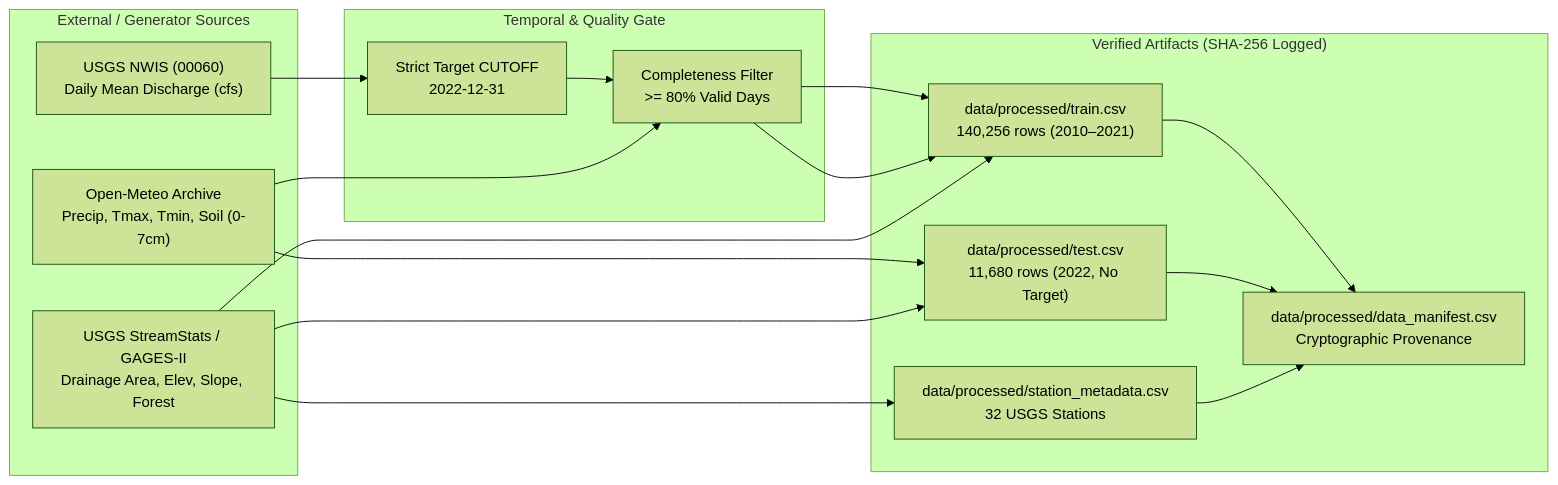
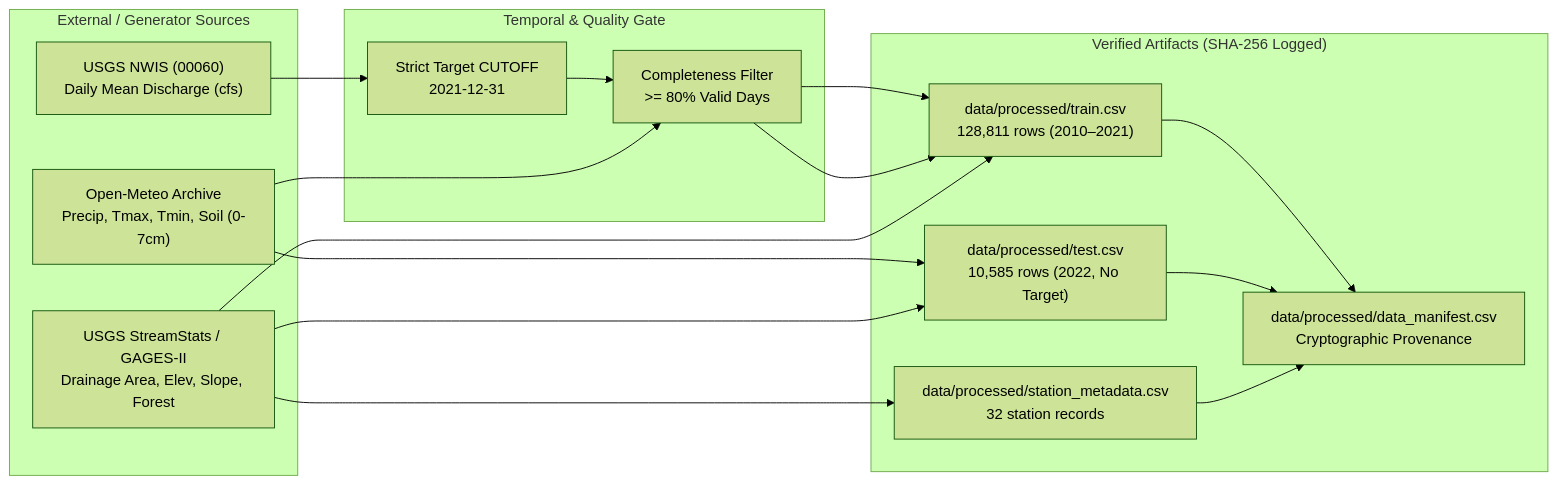
The diagram in docs/DATA_EXTRACTION.md (mohammedzai678-rgb/hackoween), drawn with Mermaid (forest theme) before and after one commit. The commit also changed other lines of this file and 11 other files, not shown here.

````diff
--- a/docs/DATA_EXTRACTION.md
+++ b/docs/DATA_EXTRACTION.md
@@ -9,28 +9,28 @@
 ```mermaid
 flowchart LR
     subgraph Sources["External / Generator Sources"]
         U["USGS NWIS (00060)\nDaily Mean Discharge (cfs)"]
         O["Open-Meteo Archive\nPrecip, Tmax, Tmin, Soil (0-7cm)"]
         G["USGS StreamStats / GAGES-II\nDrainage Area, Elev, Slope, Forest"]
     end
 
     subgraph Gate["Temporal & Quality Gate"]
-        C["Strict Target CUTOFF\n2022-12-31"]
+        C["Strict Target CUTOFF\n2021-12-31"]
         Q["Completeness Filter\n>= 80% Valid Days"]
     end
 
     subgraph Outputs["Verified Artifacts (SHA-256 Logged)"]
-        TR["data/processed/train.csv\n140,256 rows (2010–2021)"]
-        TE["data/processed/test.csv\n11,680 rows (2022, No Target)"]
-        SM["data/processed/station_metadata.csv\n32 USGS Stations"]
+        TR["data/processed/train.csv\n128,811 rows (2010–2021)"]
+        TE["data/processed/test.csv\n10,585 rows (2022, No Target)"]
+        SM["data/processed/station_metadata.csv\n32 station records"]
         MF["data/processed/data_manifest.csv\nCryptographic Provenance"]
     end
 
     U --> C --> Q --> TR
     O --> Q --> TR
     O --> TE
     G --> TR
     G --> TE
     G --> SM
     TR & TE & SM --> MF
 ```
````
